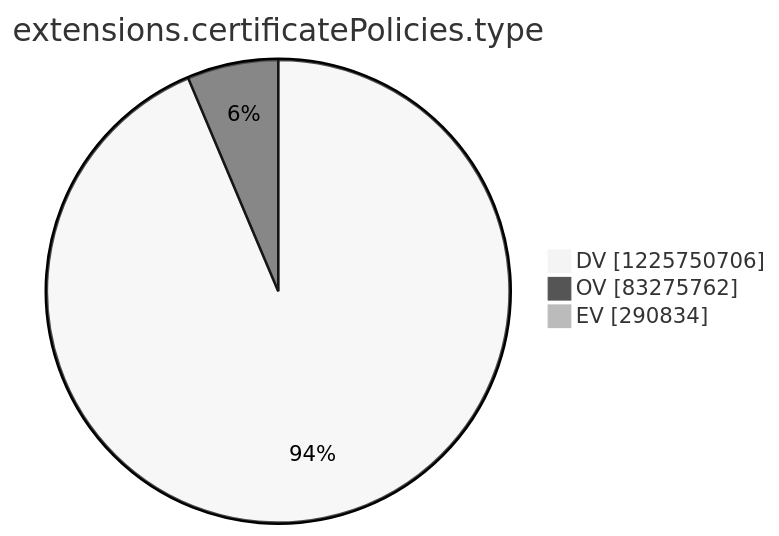
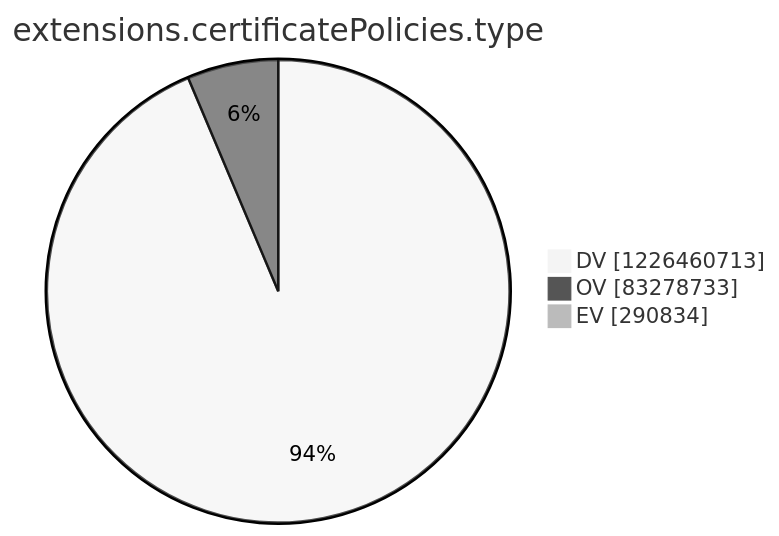
One commit to christiankrug/ctmonitor_visualization changed the tenth of 15 diagrams in argon2022/README.md. Above: the diagram before and after it, drawn with Mermaid (neutral theme). The commit also changed other lines of this file, not shown here.

````diff
--- a/argon2022/README.md
+++ b/argon2022/README.md
@@ -2770,7 +2770,7 @@
 ```mermaid
 pie showData
 title extensions.certificatePolicies.type
-"DV" :1225750706
-"OV" :83275762
+"DV" :1226460713
+"OV" :83278733
 "EV" :290834
 ```
````
